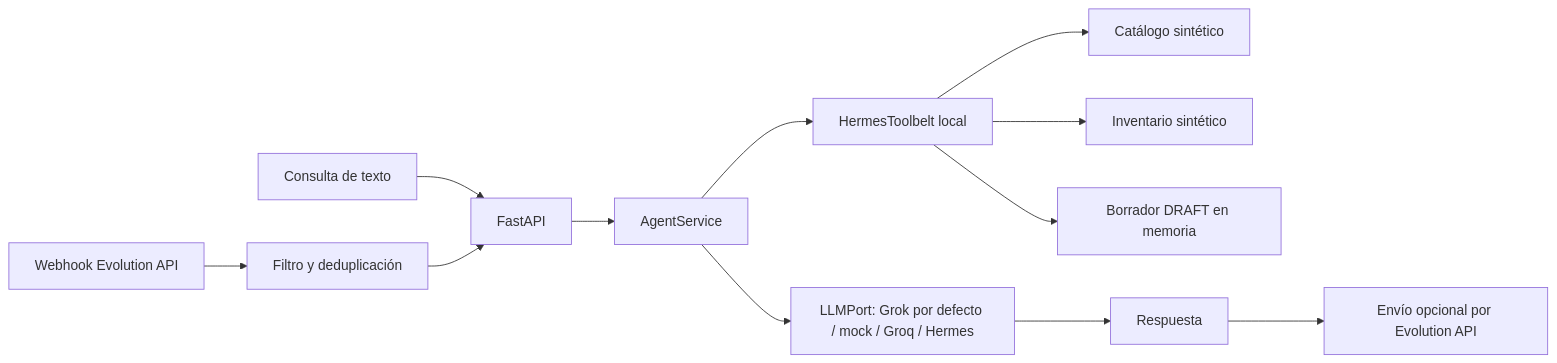
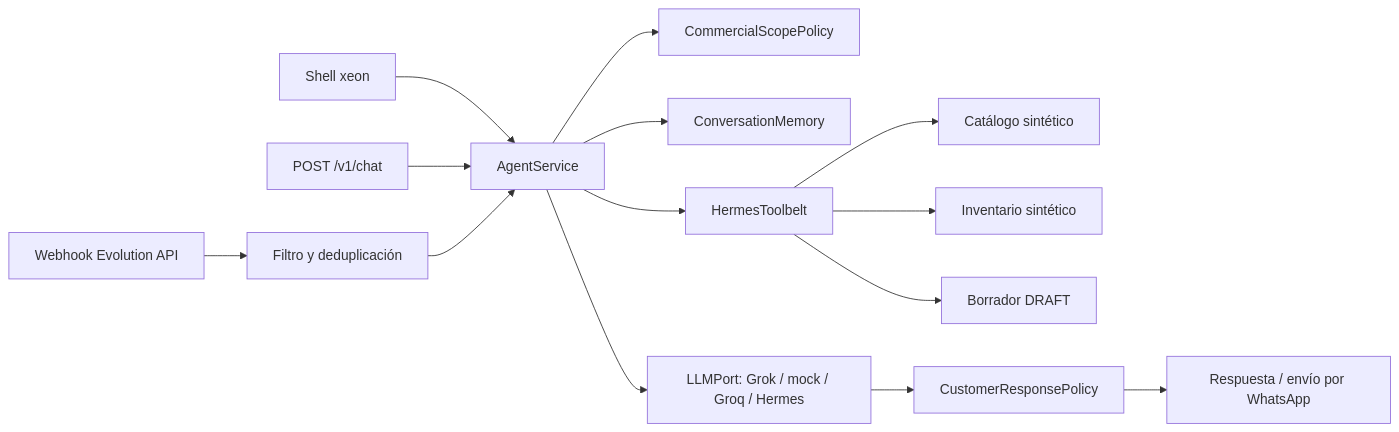
Before and after one commit to TuMinipeka/Xeon-agente-cotizaciones: the diagram in README.md, drawn with Mermaid. The commit also changed other lines of this file and 1 other file, not shown here.

Commit message:
Docs: :memo: RestructureReadmeAroundXeonCli

````diff
--- a/README.md
+++ b/README.md
@@ -98,13 +112,15 @@
 ```mermaid
 flowchart LR
-    C[Consulta de texto] --> A[FastAPI]
-    W[Webhook Evolution API] --> F[Filtro y deduplicación] --> A
-    A --> S[AgentService]
-    S --> T[HermesToolbelt local]
-    T --> P[Catálogo sintético]
+    U[Shell xeon] --> S
+    C[POST /v1/chat] --> S
+    W[Webhook Evolution API] --> F[Filtro y deduplicación] --> S
+    S[AgentService] --> P[CommercialScopePolicy]
+    S --> M[ConversationMemory]
+    S --> T[HermesToolbelt]
+    T --> K[Catálogo sintético]
     T --> I[Inventario sintético]
-    T --> Q[Borrador DRAFT en memoria]
-    S --> L[LLMPort: Grok por defecto / mock / Groq / Hermes]
-    L --> R[Respuesta]
-    R --> E[Envío opcional por Evolution API]
+    T --> Q[Borrador DRAFT]
+    S --> L[LLMPort: Grok / mock / Groq / Hermes]
+    L --> R[CustomerResponsePolicy]
+    R --> O[Respuesta / envío por WhatsApp]
 ```
````
